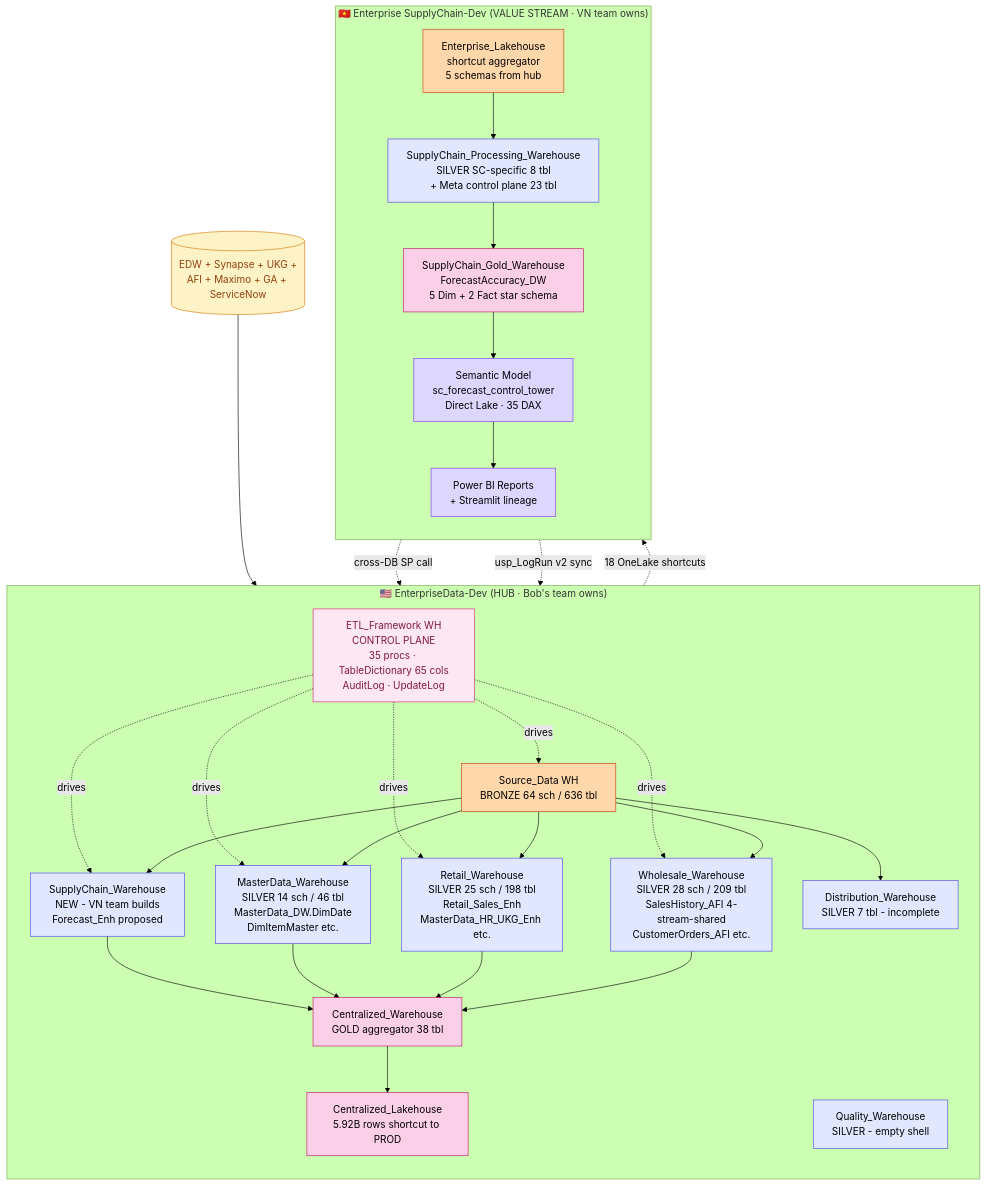
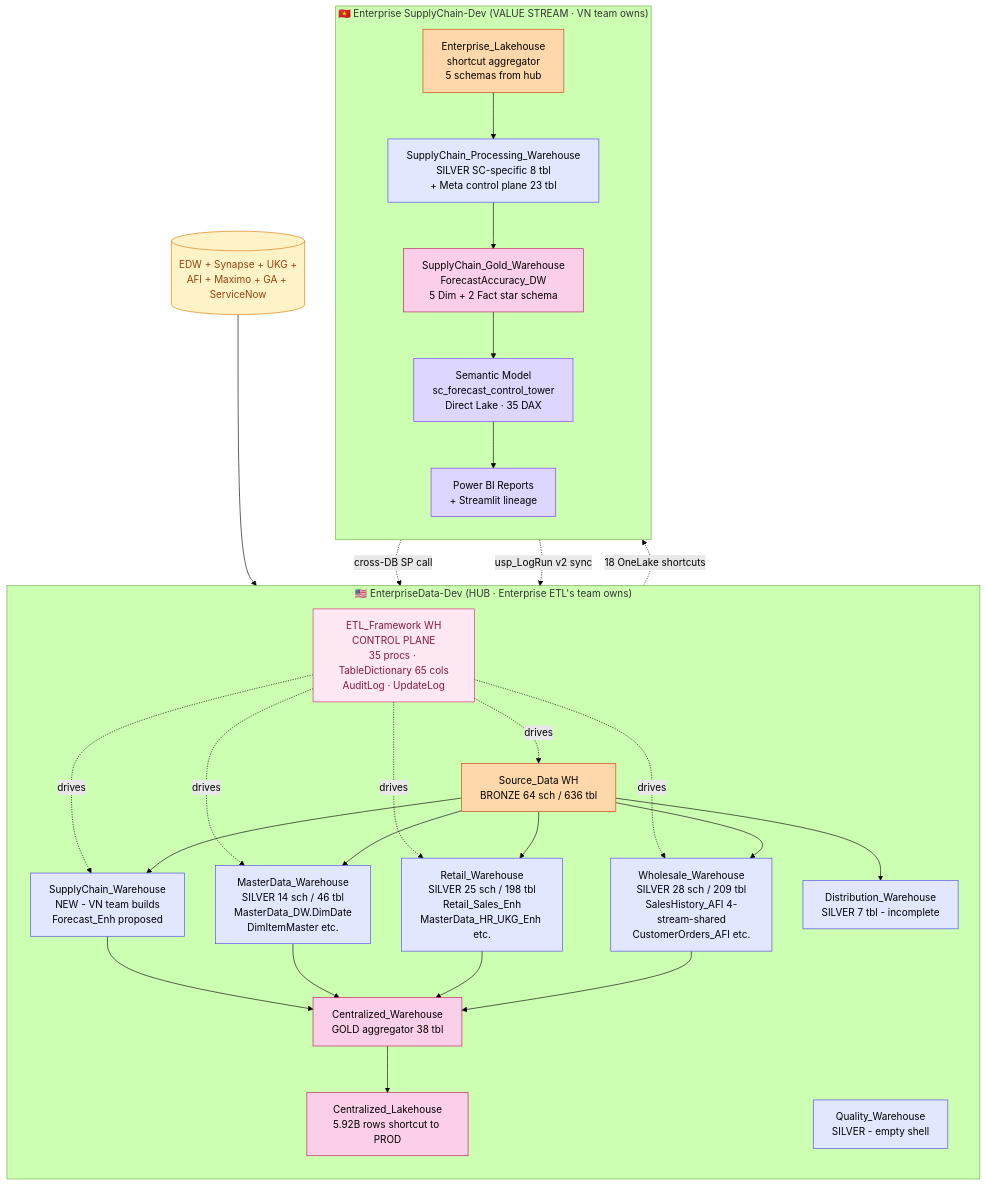
Before and after one commit to ankinguyen-engineer-2002/data-architecture-microsoft-medallion-vietnam-data-hub: the first of 4 diagrams in 99_archive/reverse-engineering/enterprise_data_architect/diagrams/cross_workspace_flow.md, drawn with Mermaid (forest theme). The commit also changed other lines of this file and 338 other files, not shown here.

Commit message:
docs: canonicalize enterprise etl naming

````diff
--- a/99_archive/reverse-engineering/enterprise_data_architect/diagrams/cross_workspace_flow.md
+++ b/99_archive/reverse-engineering/enterprise_data_architect/diagrams/cross_workspace_flow.md
@@ -7,61 +7,61 @@
 ```mermaid
 flowchart TB
     classDef hub fill:#fce7f3,stroke:#db2777,color:#831843
     classDef vs fill:#dbeafe,stroke:#2563eb,color:#1e3a8a
     classDef ext fill:#fef3c7,stroke:#d97706,color:#92400e
     classDef bronze fill:#fed7aa,stroke:#c2410c
     classDef silver fill:#e0e7ff,stroke:#4f46e5
     classDef gold fill:#fbcfe8,stroke:#be185d
     classDef bi fill:#ddd6fe,stroke:#7c3aed
 
     SRC[(EDW + Synapse + UKG +<br/>AFI + Maximo + GA + ServiceNow)]:::ext
 
-    subgraph HUB ["🇺🇸 EnterpriseData-Dev (HUB · Bob's team owns)"]
+    subgraph HUB ["🇺🇸 EnterpriseData-Dev (HUB · Enterprise ETL's team owns)"]
         direction TB
         SRC_DATA[Source_Data WH<br/>BRONZE 64 sch / 636 tbl]:::bronze
         ETL[ETL_Framework WH<br/>CONTROL PLANE<br/>35 procs · TableDictionary 65 cols<br/>AuditLog · UpdateLog]:::hub
         WHS[Wholesale_Warehouse<br/>SILVER 28 sch / 209 tbl<br/>SalesHistory_AFI 4-stream-shared<br/>CustomerOrders_AFI etc.]:::silver
         RTL[Retail_Warehouse<br/>SILVER 25 sch / 198 tbl<br/>Retail_Sales_Enh<br/>MasterData_HR_UKG_Enh etc.]:::silver
         MDW[MasterData_Warehouse<br/>SILVER 14 sch / 46 tbl<br/>MasterData_DW.DimDate<br/>DimItemMaster etc.]:::silver
         DST[Distribution_Warehouse<br/>SILVER 7 tbl - incomplete]:::silver
         QLY[Quality_Warehouse<br/>SILVER - empty shell]:::silver
         SCW[SupplyChain_Warehouse<br/>NEW - VN team builds<br/>Forecast_Enh proposed]:::silver
         CW[Centralized_Warehouse<br/>GOLD aggregator 38 tbl]:::gold
         CL[Centralized_Lakehouse<br/>5.92B rows shortcut to PROD]:::gold
     end
 
     subgraph VS ["🇻🇳 Enterprise SupplyChain-Dev (VALUE STREAM · VN team owns)"]
         direction TB
         EL[Enterprise_Lakehouse<br/>shortcut aggregator<br/>5 schemas from hub]:::bronze
         SCP[SupplyChain_Processing_Warehouse<br/>SILVER SC-specific 8 tbl<br/>+ Meta control plane 23 tbl]:::silver
         SCG[SupplyChain_Gold_Warehouse<br/>ForecastAccuracy_DW<br/>5 Dim + 2 Fact star schema]:::gold
         SM[Semantic Model<br/>sc_forecast_control_tower<br/>Direct Lake · 35 DAX]:::bi
         PBI[Power BI Reports<br/>+ Streamlit lineage]:::bi
     end
 
     SRC --> SRC_DATA
     SRC_DATA --> WHS
     SRC_DATA --> RTL
     SRC_DATA --> MDW
     SRC_DATA --> SCW
     SRC_DATA --> DST
     ETL -.drives.-> SRC_DATA
     ETL -.drives.-> WHS
     ETL -.drives.-> RTL
     ETL -.drives.-> MDW
     ETL -.drives.-> SCW
     WHS --> CW
     RTL --> CW
     MDW --> CW
     SCW --> CW
     CW --> CL
 
     HUB -.18 OneLake shortcuts.-> EL
     EL --> SCP
     SCP --> SCG
     SCG --> SM
     SM --> PBI
 
     SCP -. cross-DB SP call .-> SCW
     SCP -. usp_LogRun v2 sync .-> ETL
 ```
````
